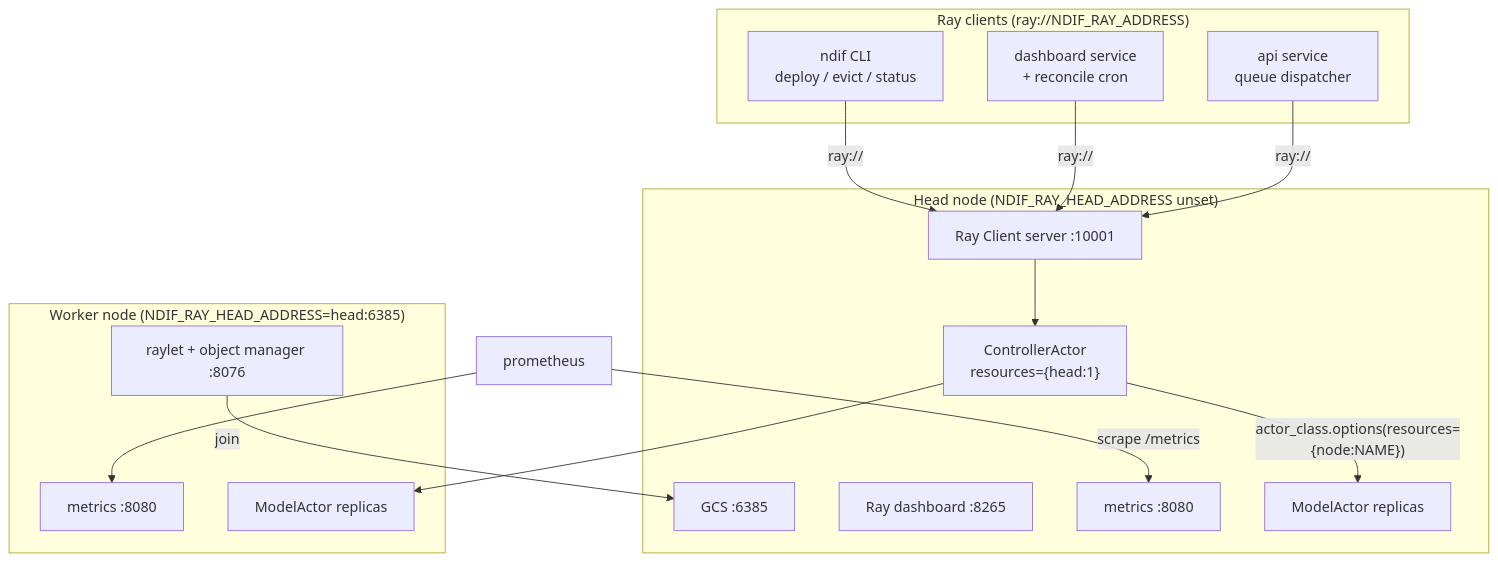
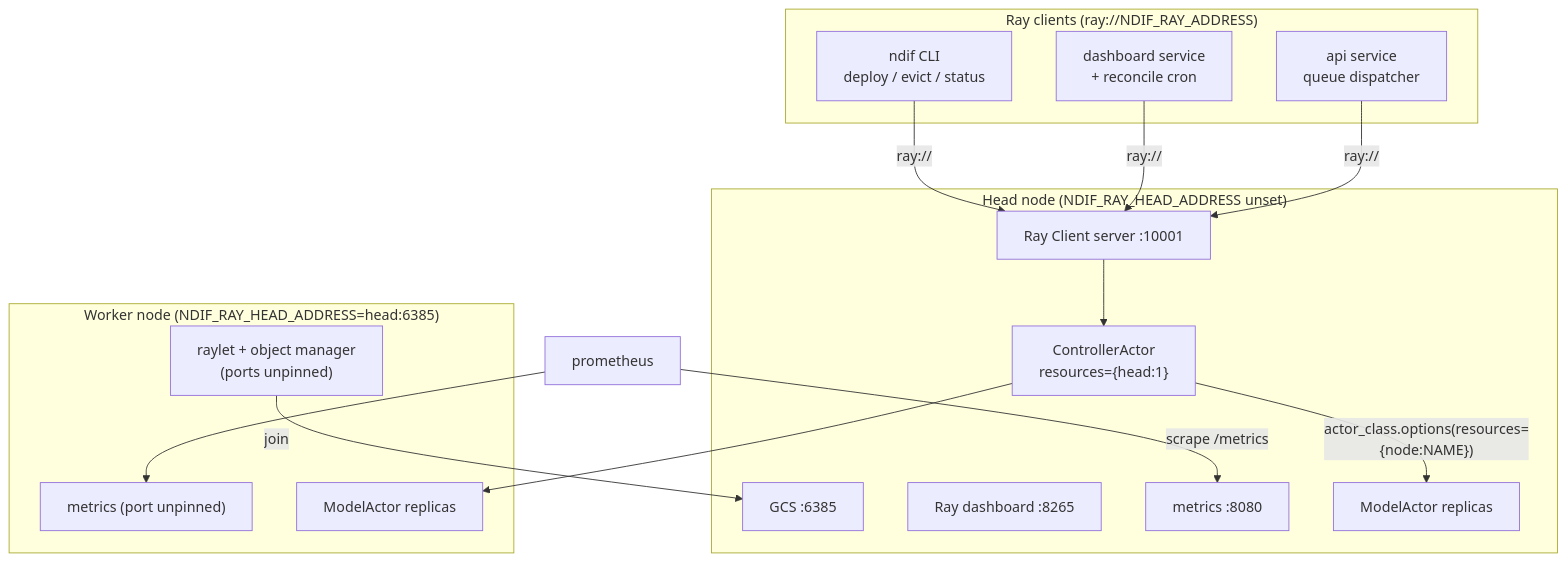
Before and after one commit to ndif-team/ndif: the diagram in docs/developing/ray-service.md, drawn with Mermaid. The commit also changed other lines of this file and 64 other files, not shown here.

````diff
--- a/docs/developing/ray-service.md
+++ b/docs/developing/ray-service.md
@@ -163,33 +173,33 @@
 ```mermaid
 flowchart TB
   subgraph clients["Ray clients (ray://NDIF_RAY_ADDRESS)"]
     API["api service<br/>queue dispatcher"]
     DASH["dashboard service<br/>+ reconcile cron"]
     CLI["ndif CLI<br/>deploy / evict / status"]
   end
 
   subgraph head["Head node (NDIF_RAY_HEAD_ADDRESS unset)"]
     GCS["GCS :6385"]
     CS["Ray Client server :10001"]
     DB["Ray dashboard :8265"]
     MX["metrics :8080"]
     CTRL["ControllerActor<br/>resources={head:1}"]
     MA0["ModelActor replicas"]
   end
 
   subgraph worker["Worker node (NDIF_RAY_HEAD_ADDRESS=head:6385)"]
-    RL["raylet + object manager :8076"]
-    MXW["metrics :8080"]
+    RL["raylet + object manager<br/>(ports unpinned)"]
+    MXW["metrics (port unpinned)"]
     MA1["ModelActor replicas"]
   end
 
   API -->|ray://| CS
   DASH -->|ray://| CS
   CLI -->|ray://| CS
   CS --> CTRL
   CTRL -->|"actor_class.options(resources={node:NAME})"| MA0
   CTRL --> MA1
   RL -->|join| GCS
   PROM["prometheus"] -->|scrape /metrics| MX
   PROM --> MXW
 ```
````
